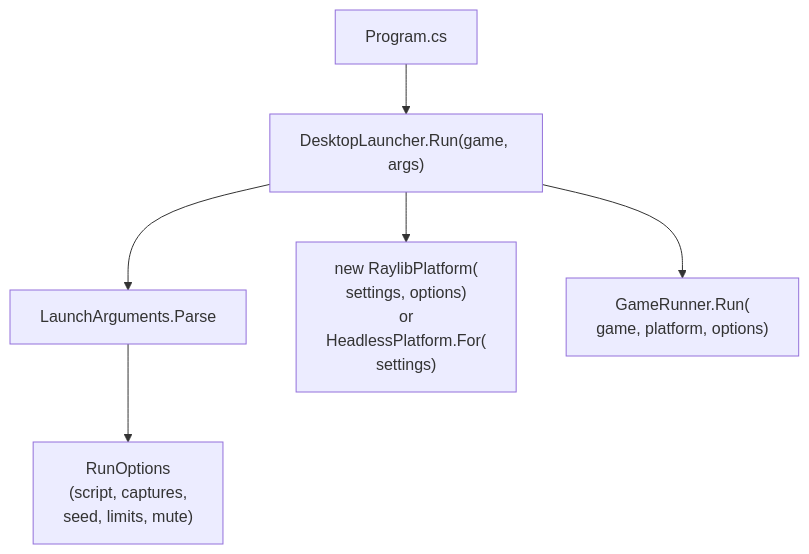
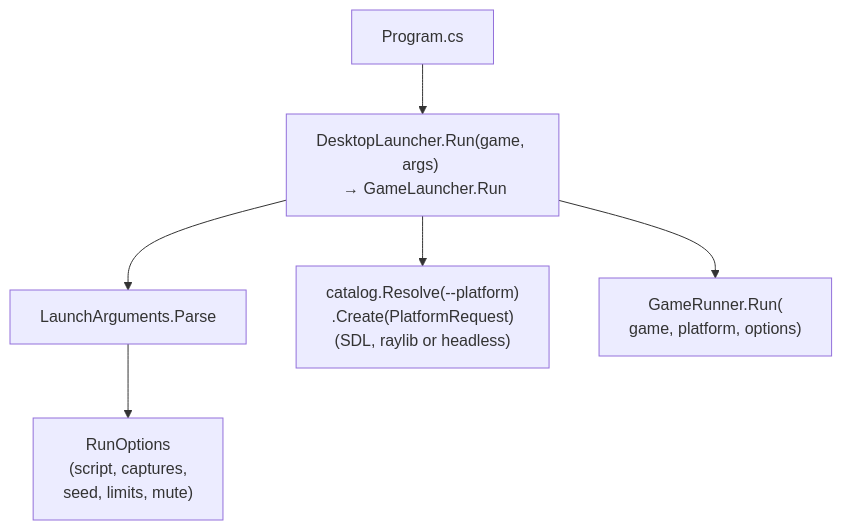
Before and after one commit to NastMz/MicroEngine: the first of 4 diagrams in docs/reference/components.md, drawn with Mermaid. The commit also changed other lines of this file and 21 other files, not shown here.

First line of the commit message:
docs: SDL 3 platform, platform profiles and PLATFORM-3 evaluation

````diff
--- a/docs/reference/components.md
+++ b/docs/reference/components.md
@@ -54,9 +60,9 @@
 ```mermaid
 flowchart TB
   accTitle: Desktop launch
-  accDescr: Program.cs calls DesktopLauncher.Run, which parses the arguments into RunOptions, creates the platform and calls GameRunner.Run.
-  program["Program.cs"] --> launcher["DesktopLauncher.Run(game, args)"]
+  accDescr: Program.cs calls DesktopLauncher.Run, which parses the arguments into RunOptions, resolves a platform profile from the catalog, creates the platform and calls GameRunner.Run.
+  program["Program.cs"] --> launcher["DesktopLauncher.Run(game, args) <br/> → GameLauncher.Run"]
   launcher --> parse["LaunchArguments.Parse"] --> options["RunOptions <br/> (script, captures, <br/> seed, limits, mute)"]
-  launcher --> platform["new RaylibPlatform( <br/> settings, options) <br/> or <br/> HeadlessPlatform.For( <br/> settings)"]
+  launcher --> platform["catalog.Resolve(--platform) <br/> .Create(PlatformRequest) <br/> (SDL, raylib or headless)"]
   launcher --> runner["GameRunner.Run( <br/> game, platform, options)"]
 ```
````
